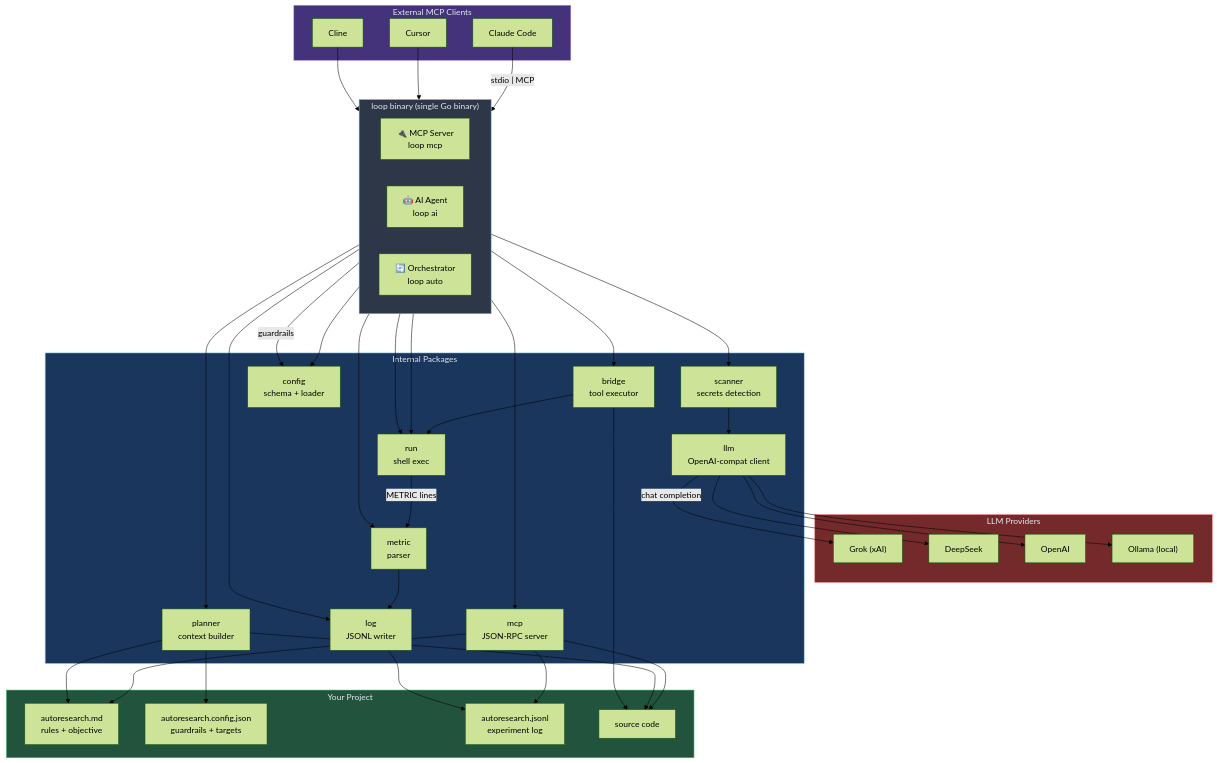
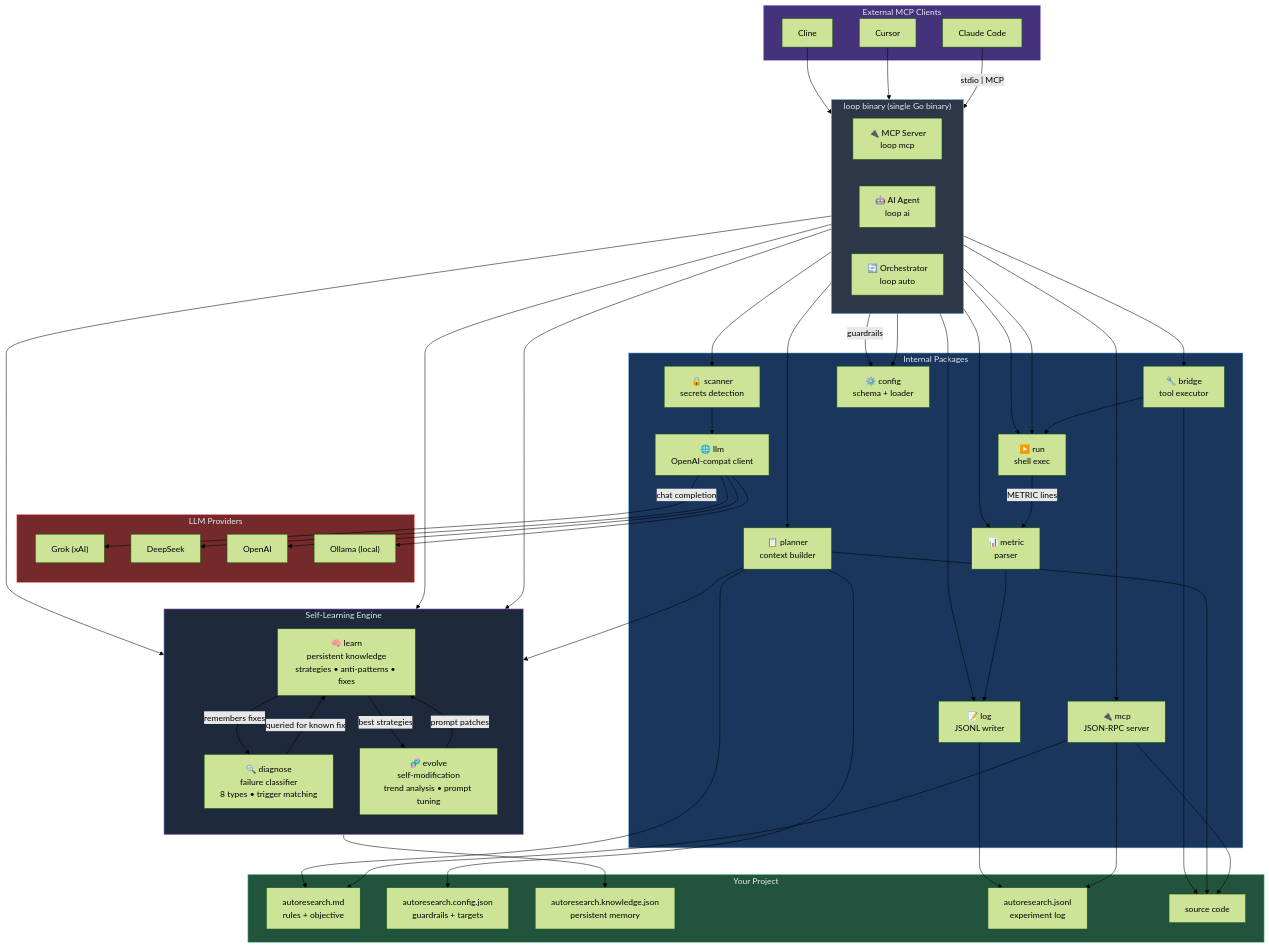
The first of 4 diagrams in README.md (gutchapa/loop_engg), drawn with Mermaid (forest theme) before and after one commit. The commit also changed other lines of this file and 1 other file, not shown here.

First line of the commit message:
docs: update README arch diagrams + add CHANGELOG

```diff
--- a/README.md
+++ b/README.md
@@ -31,21 +57,33 @@
         OLL["Ollama (local)"]
     end
 
+    subgraph SelfLearn["Self-Learning Engine"]
+        direction TB
+        LEARN["🧠 learn<br/>persistent knowledge<br/>strategies • anti-patterns • fixes"]
+        DIAG["🔍 diagnose<br/>failure classifier<br/>8 types • trigger matching"]
+        EVO["🧬 evolve<br/>self-modification<br/>trend analysis • prompt tuning"]
+        LEARN -->|"remembers fixes"| DIAG
+        DIAG -->|"queried for known fix"| LEARN
+        LEARN -->|"best strategies"| EVO
+        EVO -->|"prompt patches"| LEARN
+    end
+
     subgraph Packages["Internal Packages"]
-        SCN["scanner<br/>secrets detection"]
-        LLM["llm<br/>OpenAI-compat client"]
-        MCP2["mcp<br/>JSON-RPC server"]
-        PLAN["planner<br/>context builder"]
-        BRG["bridge<br/>tool executor"]
-        CFG["config<br/>schema + loader"]
-        RUN["run<br/>shell exec"]
-        MET["metric<br/>parser"]
-        LOG["log<br/>JSONL writer"]
+        SCN["🔒 scanner<br/>secrets detection"]
+        LLM["🌐 llm<br/>OpenAI-compat client"]
+        MCP2["🔌 mcp<br/>JSON-RPC server"]
+        PLAN["📋 planner<br/>context builder"]
+        BRG["🔧 bridge<br/>tool executor"]
+        CFG["⚙️ config<br/>schema + loader"]
+        RUN["▶️ run<br/>shell exec"]
+        MET["📊 metric<br/>parser"]
+        LOG["📝 log<br/>JSONL writer"]
     end
 
     subgraph Project["Your Project"]
         AR["autoresearch.md<br/>rules + objective"]
         AC["autoresearch.config.json<br/>guardrails + targets"]
+        AK["autoresearch.knowledge.json<br/>persistent memory"]
         AJ["autoresearch.jsonl<br/>experiment log"]
         SRC["source code"]
     end
@@ -68,6 +106,7 @@
     PLAN --> AR
     PLAN --> AC
     PLAN --> SRC
+    PLAN --> LEARN
     AI --> BRG
     BRG --> SRC
     BRG --> RUN
@@ -76,6 +115,11 @@
     MET --> LOG
     LOG --> AJ
 
+    AI --> LEARN
+    AI --> DIAG
+    AI --> EVO
+    LEARN --> AK
+
     AUTO --> CFG
     AUTO --> RUN
     AUTO --> MET
@@ -83,6 +127,7 @@
     AUTO -->|"guardrails"| CFG
 
     style CLI fill:#2d3748,stroke:#63b3ed,color:#e2e8f0
+    style SelfLearn fill:#1e293b,stroke:#c084fc,color:#e2e8f0
     style Packages fill:#1a365d,stroke:#90cdf4,color:#e2e8f0
     style Project fill:#22543d,stroke:#68d391,color:#e2e8f0
     style Clients fill:#44337a,stroke:#b794f4,color:#e2e8f0
```
